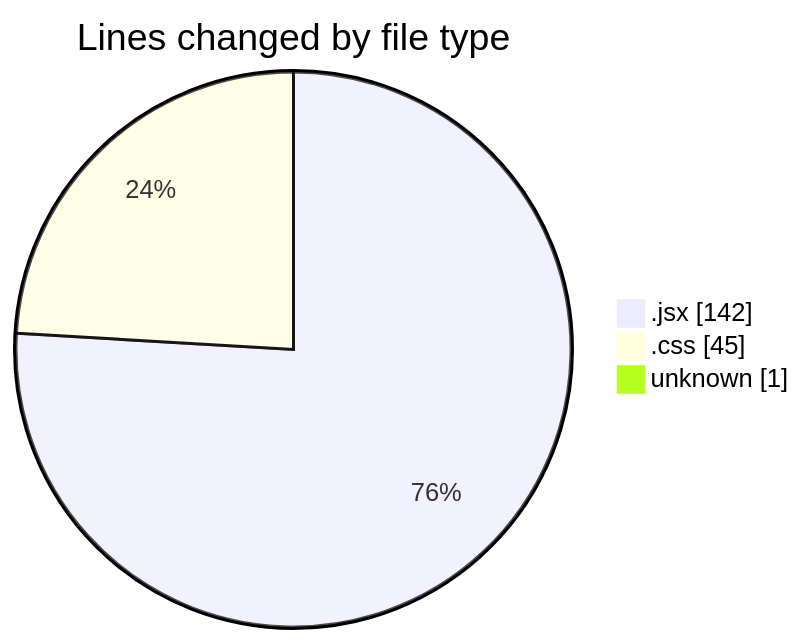
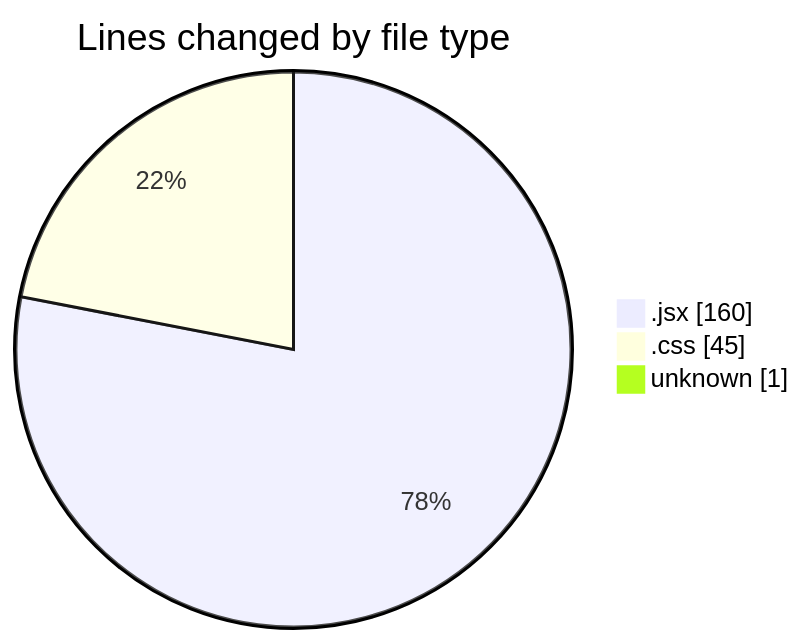
One commit to Elitesun/code-tracking changed the first of 2 diagrams in 2025-02-06/react_ecom/README.md. Above: the diagram before and after it, drawn with Mermaid. The commit also changed other lines of this file and 1 other file, not shown here.

````diff
--- a/2025-02-06/react_ecom/README.md
+++ b/2025-02-06/react_ecom/README.md
@@ -24,7 +24,7 @@
 ```mermaid
 pie showData
 title Lines changed by file type
-".jsx" : 142
+".jsx" : 160
 ".css" : 45
 "unknown" : 1
 ```
````
